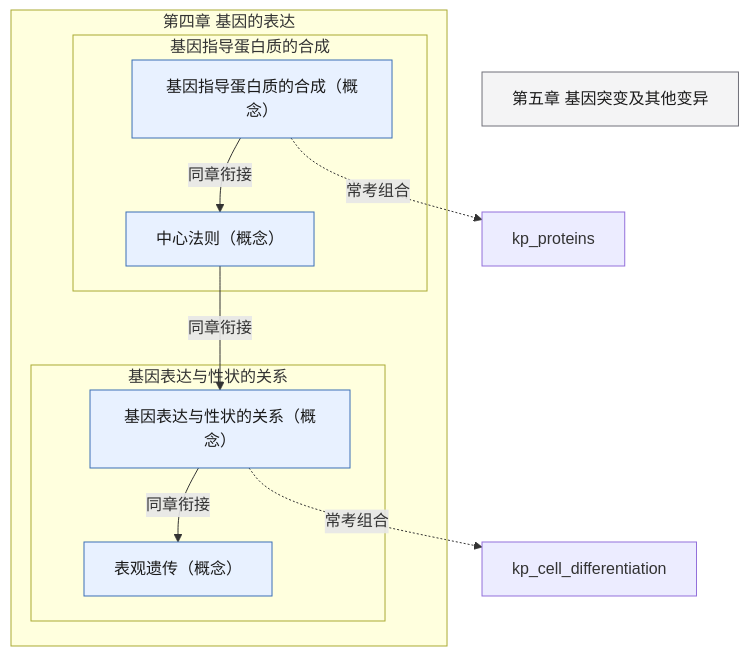
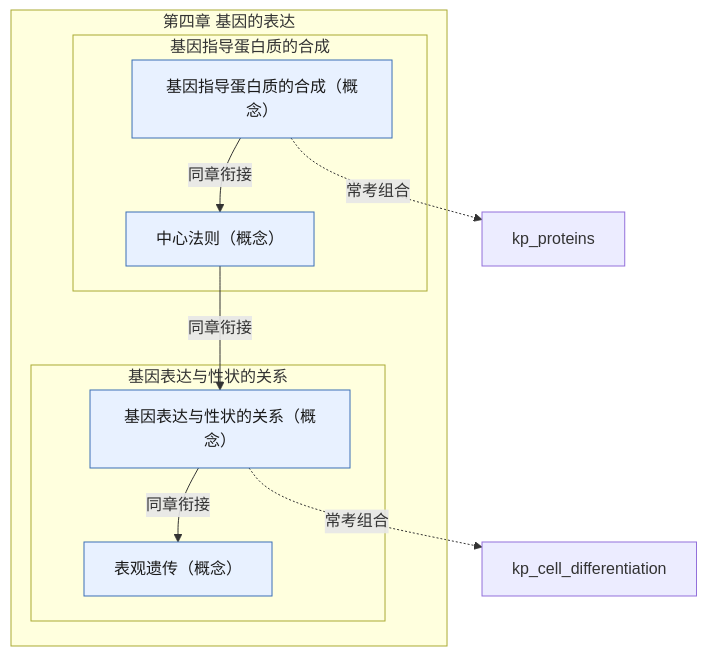
Before and after one commit to lihenair/high-school-ai-tutor-skill: the diagram in skills/high-school-ai-tutor/references/pep-bio-bx2-ch4.md, drawn with Mermaid. The commit also changed 26 other files, not shown here.

First line of the commit message:
feat(bio): 跨教材知识联系图谱——占位符清退 + 53 条组合边 + 联系图谱文档

````diff
--- a/skills/high-school-ai-tutor/references/pep-bio-bx2-ch4.md
+++ b/skills/high-school-ai-tutor/references/pep-bio-bx2-ch4.md
@@ -5,23 +5,22 @@
 ```mermaid
 flowchart TD
   classDef concept fill:#E8F1FF,stroke:#3B6FB6,color:#1A1A1A
   classDef skill fill:#E7F6EE,stroke:#2E7D4F,color:#1A1A1A
   classDef experiment fill:#FFF4E5,stroke:#C47B17,color:#1A1A1A
   classDef later fill:#F4F4F5,stroke:#71717A,color:#1A1A1A
   subgraph ch["第四章 基因的表达"]
     subgraph s1["基因指导蛋白质的合成"]
       kp_transcription_translation["基因指导蛋白质的合成（概念）"]:::concept
       kp_central_dogma["中心法则（概念）"]:::concept
     end
     subgraph s2["基因表达与性状的关系"]
       kp_gene_expression_trait["基因表达与性状的关系（概念）"]:::concept
       kp_epigenetics["表观遗传（概念）"]:::concept
     end
   end
-  bx2_ch5["第五章 基因突变及其他变异"]:::later
   kp_transcription_translation -->|同章衔接| kp_central_dogma
   kp_central_dogma -->|同章衔接| kp_gene_expression_trait
   kp_gene_expression_trait -->|同章衔接| kp_epigenetics
   kp_transcription_translation -.->|常考组合| kp_proteins
   kp_gene_expression_trait -.->|常考组合| kp_cell_differentiation
 ```
````
